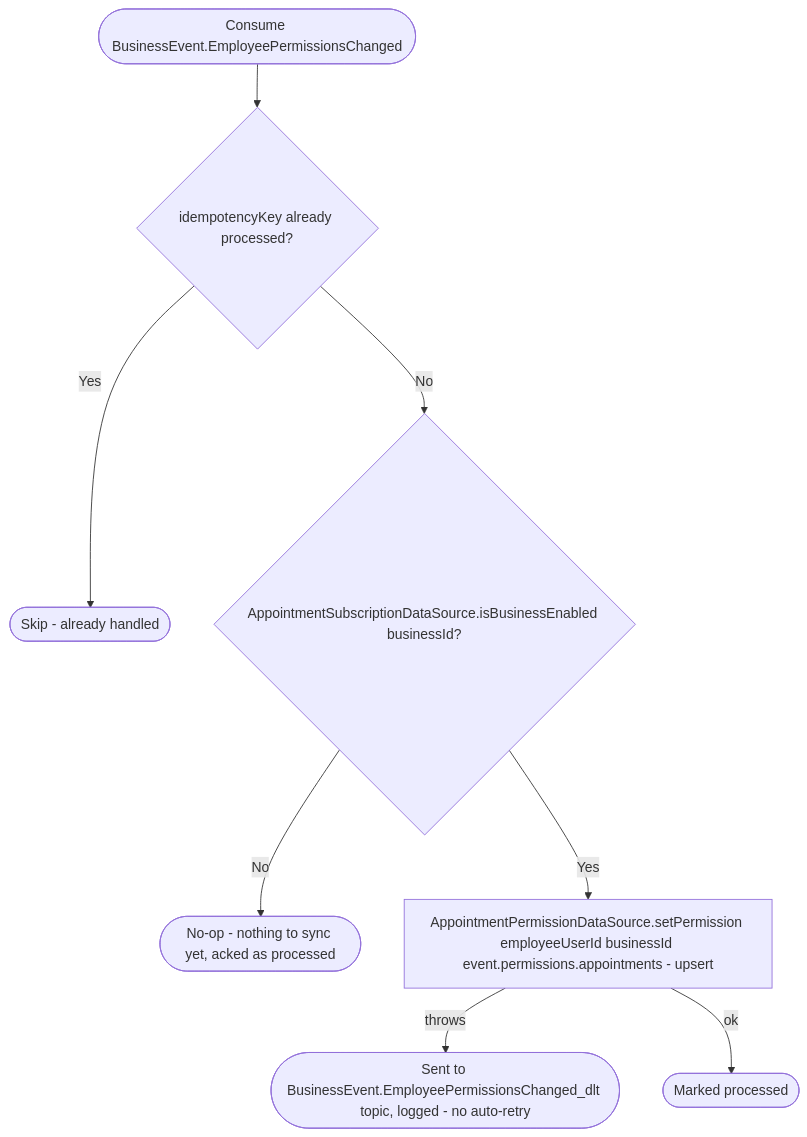
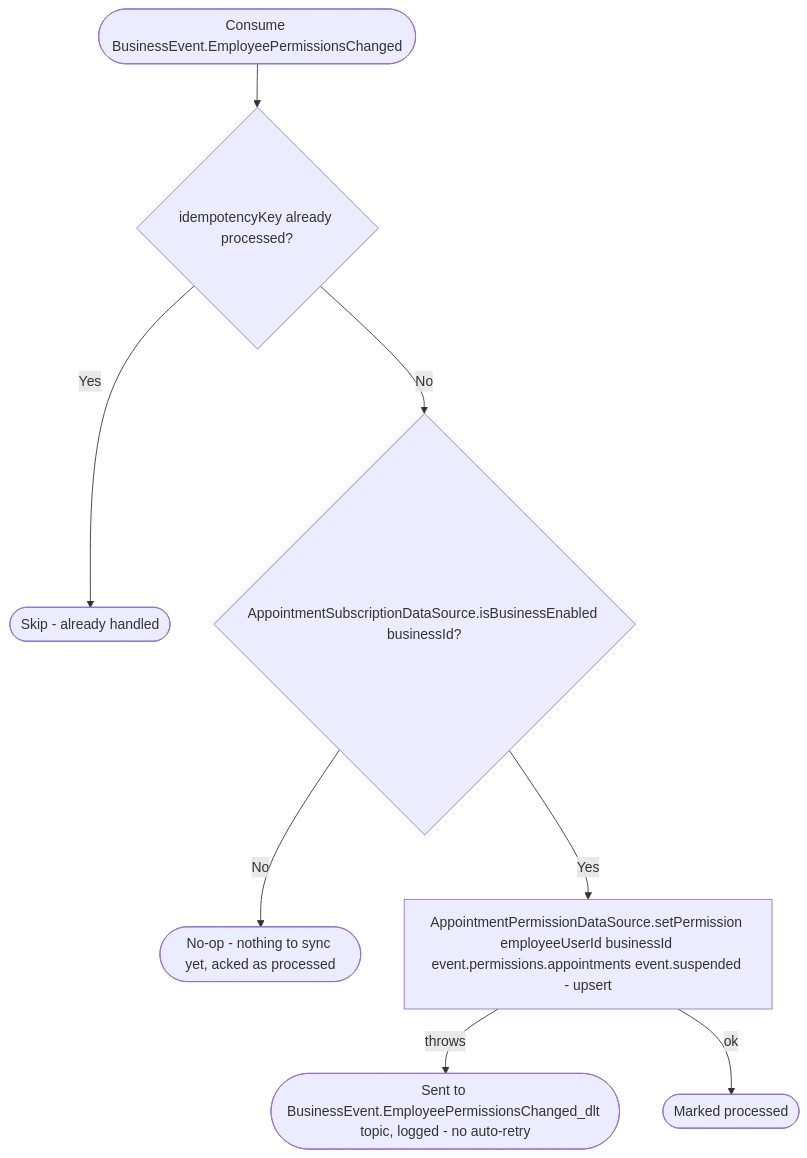
Before and after one commit to an22/bookk.me-backend: the diagram in docs/operations/appointments/on-employee-permissions-changed.md, drawn with Mermaid. The commit also changed other lines of this file and 65 other files, not shown here.

````diff
--- a/docs/operations/appointments/on-employee-permissions-changed.md
+++ b/docs/operations/appointments/on-employee-permissions-changed.md
@@ -23,10 +28,10 @@
 ```mermaid
 flowchart TD
     Start([Consume BusinessEvent.EmployeePermissionsChanged]) --> Dedup{idempotencyKey already processed?}
     Dedup -- Yes --> Skip([Skip - already handled])
     Dedup -- No --> Enabled{AppointmentSubscriptionDataSource.isBusinessEnabled businessId?}
     Enabled -- No --> NoOp([No-op - nothing to sync yet, acked as processed])
-    Enabled -- Yes --> Set[AppointmentPermissionDataSource.setPermission employeeUserId businessId event.permissions.appointments - upsert]
+    Enabled -- Yes --> Set[AppointmentPermissionDataSource.setPermission employeeUserId businessId event.permissions.appointments event.suspended - upsert]
     Set -- throws --> Dlt([Sent to BusinessEvent.EmployeePermissionsChanged_dlt topic, logged - no auto-retry])
     Set -- ok --> Ack([Marked processed])
 ```
````
